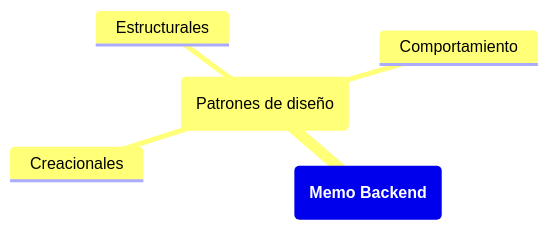
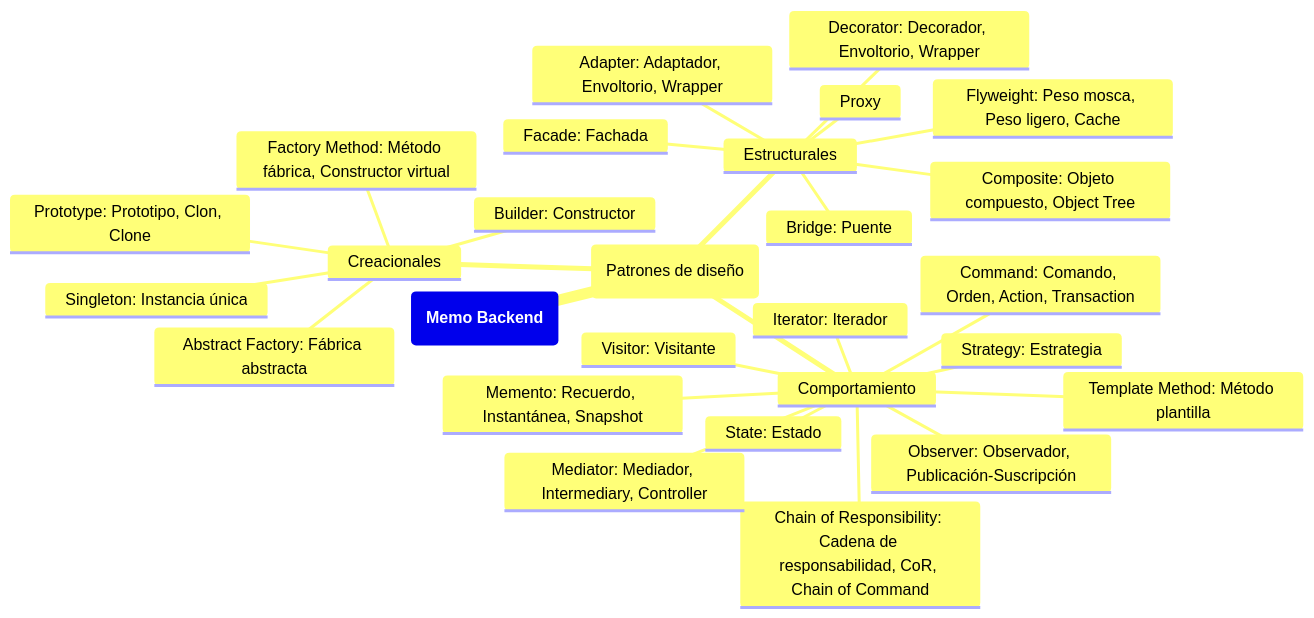
Before and after one commit to urrestarazu-alejandro/memo-backend: the second of 4 diagrams in pages/mapamental.md, drawn with Mermaid.

Commit message:
Mapa mental: actualizo los patrones de diseño

````diff
--- a/pages/mapamental.md
+++ b/pages/mapamental.md
@@ -34,13 +34,35 @@
 ```mermaid
 mindmap
   root("`**Memo Backend**`")
   ::icon(fas fa-memory)
     id(Patrones de diseño)
     ::icon(fas fa-puzzle-piece)
         Creacionales
         ::icon(fas fa-industry)
+            Factory Method: Método fábrica, Constructor virtual
+            Abstract Factory: Fábrica abstracta
+            Builder: Constructor
+            Prototype: Prototipo, Clon, Clone
+            Singleton: Instancia única
         Estructurales
         ::icon(fas fa-cubes)
+            Adapter: Adaptador, Envoltorio, Wrapper
+            Bridge: Puente
+            Composite: Objeto compuesto, Object Tree
+            Decorator: Decorador, Envoltorio, Wrapper
+            Facade: Fachada
+            Flyweight: Peso mosca, Peso ligero, Cache
+            Proxy
         Comportamiento
         ::icon(fas fa-key)
+            Chain of Responsibility: Cadena de responsabilidad, CoR, Chain of Command
+            Command: Comando, Orden, Action, Transaction
+            Iterator: Iterador
+            Mediator: Mediador, Intermediary, Controller
+            Memento: Recuerdo, Instantánea, Snapshot
+            Observer: Observador, Publicación-Suscripción
+            State: Estado
+            Strategy: Estrategia
+            Template Method: Método plantilla
+            Visitor: Visitante
 ```  
````
